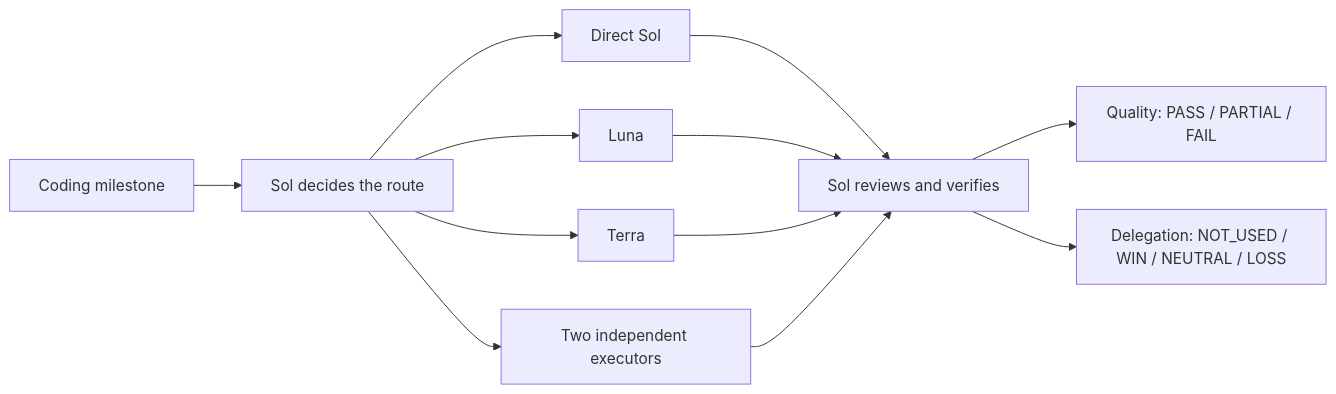
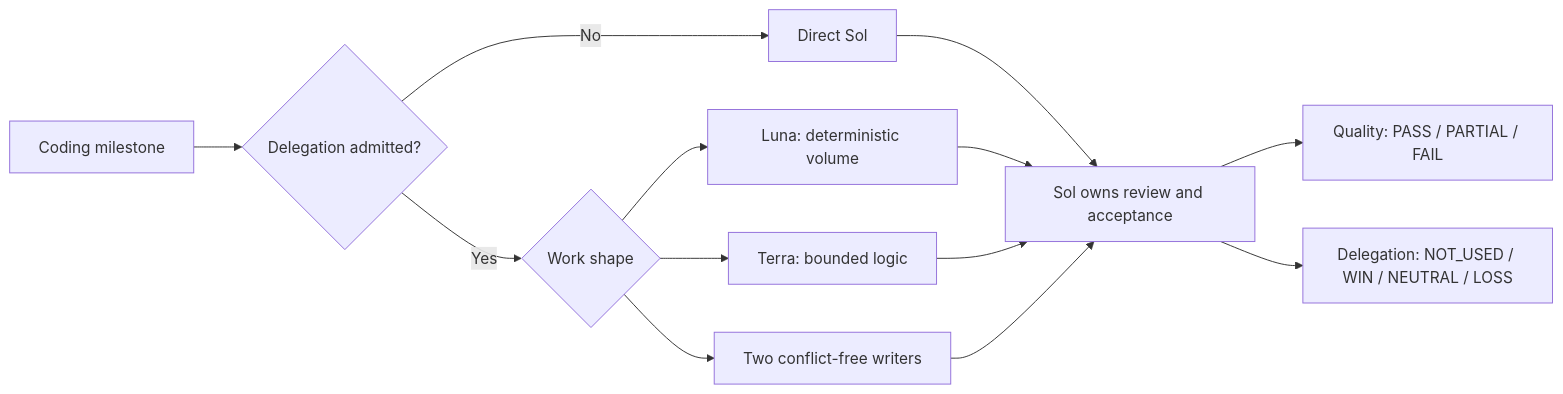
The diagram in README.md (witalker/sol-mission-control), drawn with Mermaid before and after one commit. The commit also changed other lines of this file, not shown here.

Commit message:
Sharpen the project story and delegation contract

````diff
--- a/README.md
+++ b/README.md
@@ -19,14 +23,15 @@
 ```mermaid
 flowchart LR
-    A["Coding milestone"] --> S["Sol decides the route"]
-    S --> D["Direct Sol"]
-    S --> L["Luna"]
-    S --> T["Terra"]
-    S --> P["Two independent executors"]
-    D --> R["Sol reviews and verifies"]
+    A["Coding milestone"] --> G{"Delegation admitted?"}
+    G -->|No| D["Direct Sol"]
+    G -->|Yes| S{"Work shape"}
+    S --> L["Luna: deterministic volume"]
+    S --> T["Terra: bounded logic"]
+    S --> P["Two conflict-free writers"]
+    D --> R["Sol owns review and acceptance"]
     L --> R
     T --> R
     P --> R
     R --> Q["Quality: PASS / PARTIAL / FAIL"]
     R --> E["Delegation: NOT_USED / WIN / NEUTRAL / LOSS"]
 ```
````
